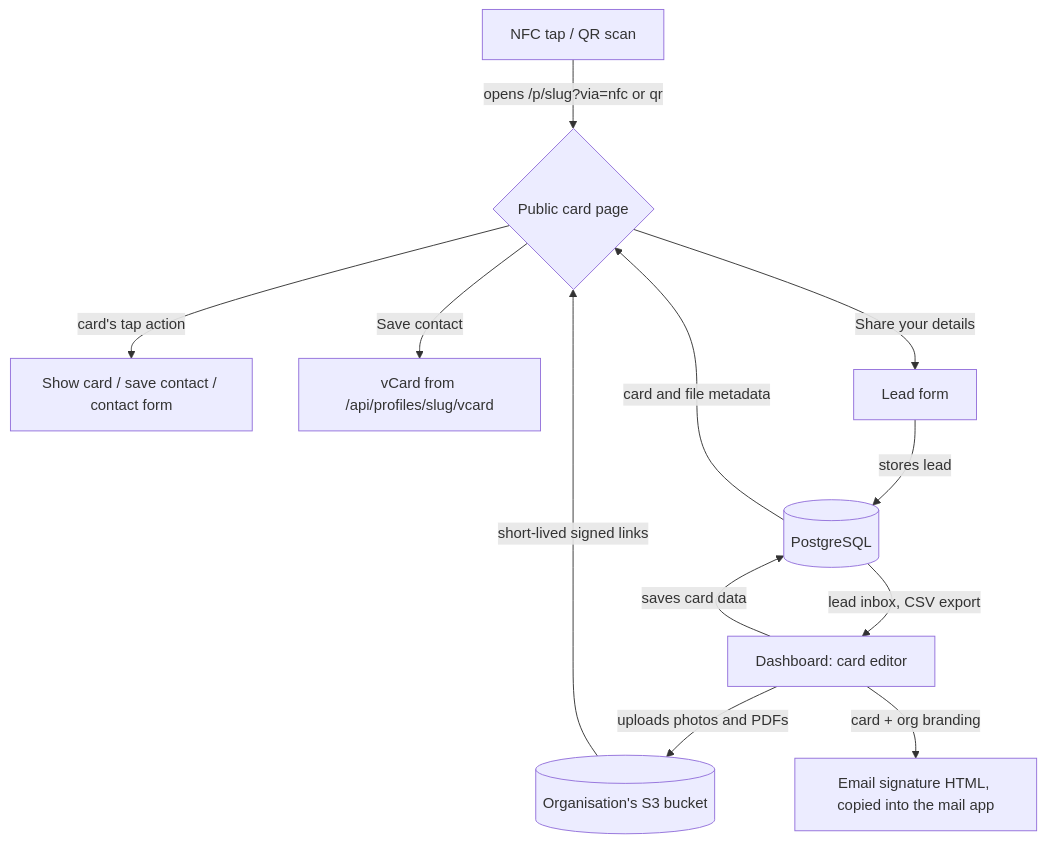
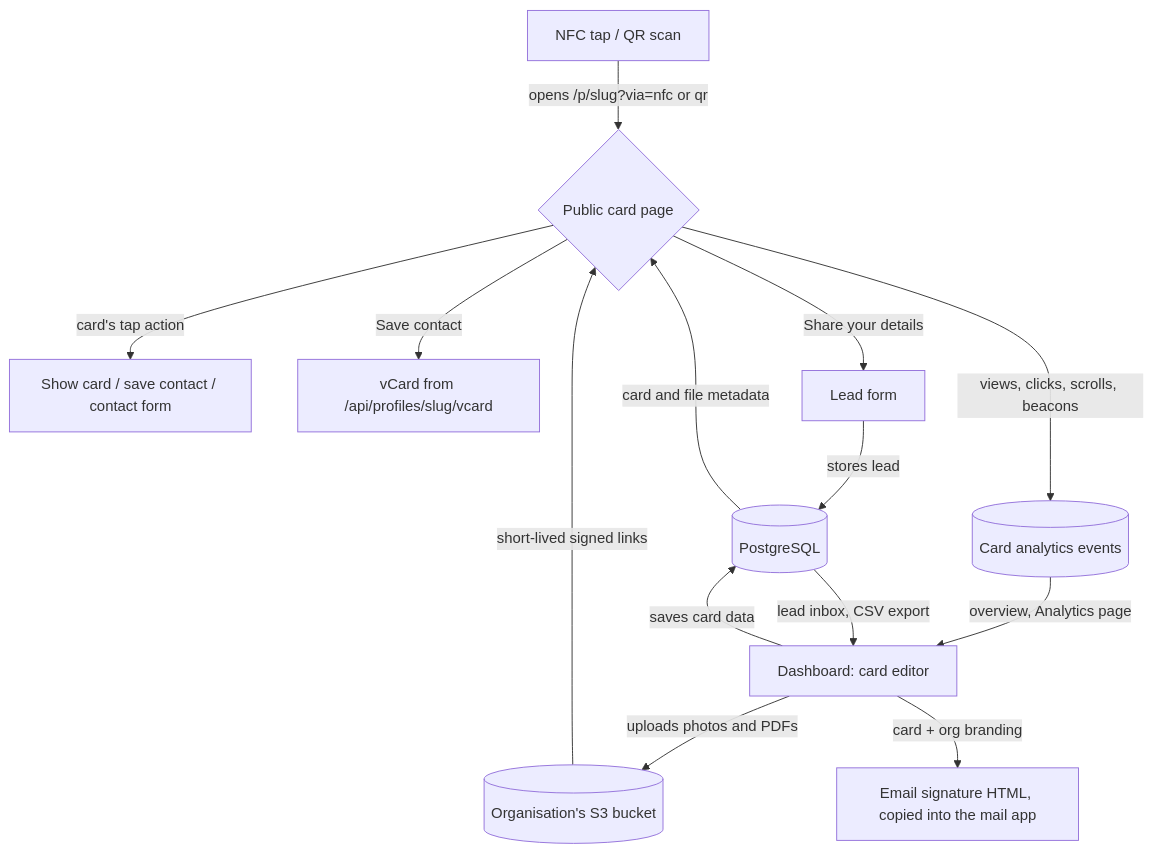
The diagram in README.md (faiz-gh/fronko), drawn with Mermaid before and after one commit. The commit also changed other lines of this file and 53 other files, not shown here.

````diff
--- a/README.md
+++ b/README.md
@@ -89,14 +94,16 @@
 ```mermaid
 graph TD
     A[NFC tap / QR scan] -->|opens /p/slug?via=nfc or qr| C{Public card page}
     C -->|card's tap action| T[Show card / save contact / contact form]
     E[Dashboard: card editor] -->|saves card data| D[(PostgreSQL)]
     E -->|uploads photos and PDFs| S[(Organisation's S3 bucket)]
     D -->|card and file metadata| C
     S -->|short-lived signed links| C
     C -->|Save contact| F[vCard from /api/profiles/slug/vcard]
     E -->|card + org branding| SIG[Email signature HTML, copied into the mail app]
     C -->|Share your details| G[Lead form]
+    C -->|views, clicks, scrolls, beacons| AN[(Card analytics events)]
+    AN -->|overview, Analytics page| E
     G -->|stores lead| D
     D -->|lead inbox, CSV export| E
 ```
````
